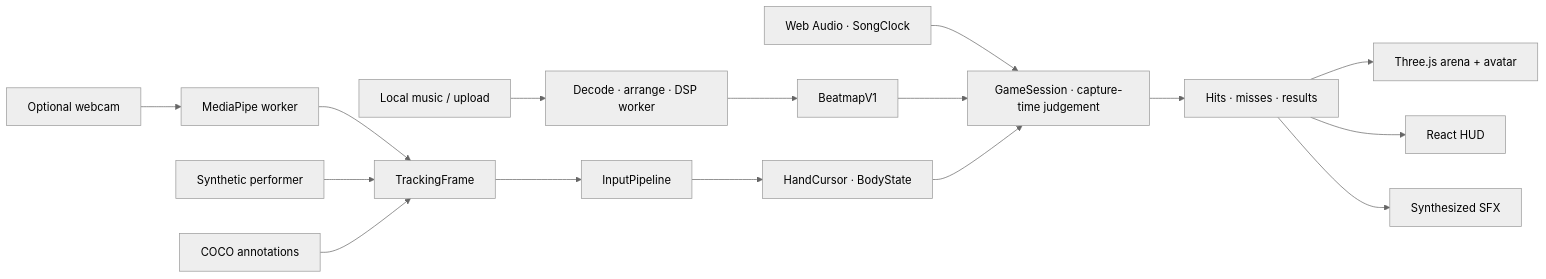
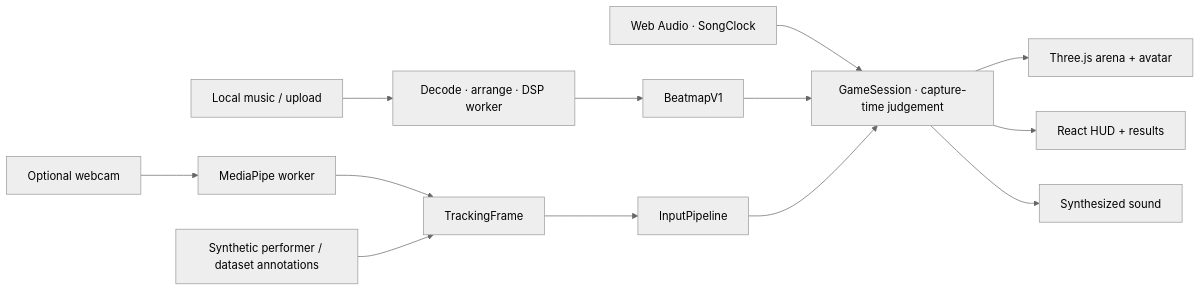
Before and after one commit to JunaidAhamed-7777/sign-saber: the diagram in README.md, drawn with Mermaid (neutral theme). The commit also changed other lines of this file and 13 other files, not shown here.

````diff
--- a/README.md
+++ b/README.md
@@ -172,18 +121,15 @@
 ```mermaid
 flowchart LR
   Music["Local music / upload"] --> DSP["Decode · arrange · DSP worker"]
   DSP --> Map["BeatmapV1"]
   Clock["Web Audio · SongClock"] --> Game["GameSession · capture-time judgement"]
   Map --> Game
   Camera["Optional webcam"] --> MP["MediaPipe worker"]
   MP --> Frame["TrackingFrame"]
-  Auto["Synthetic performer"] --> Frame
-  Dataset["COCO annotations"] --> Frame
+  Auto["Synthetic performer / dataset annotations"] --> Frame
   Frame --> Pipeline["InputPipeline"]
-  Pipeline --> Hands["HandCursor · BodyState"]
-  Hands --> Game
-  Game --> Events["Hits · misses · results"]
-  Events --> Render["Three.js arena + avatar"]
-  Events --> UI["React HUD"]
-  Events --> SFX["Synthesized SFX"]
+  Pipeline --> Game
+  Game --> Render["Three.js arena + avatar"]
+  Game --> UI["React HUD + results"]
+  Game --> SFX["Synthesized sound"]
 ```
````
